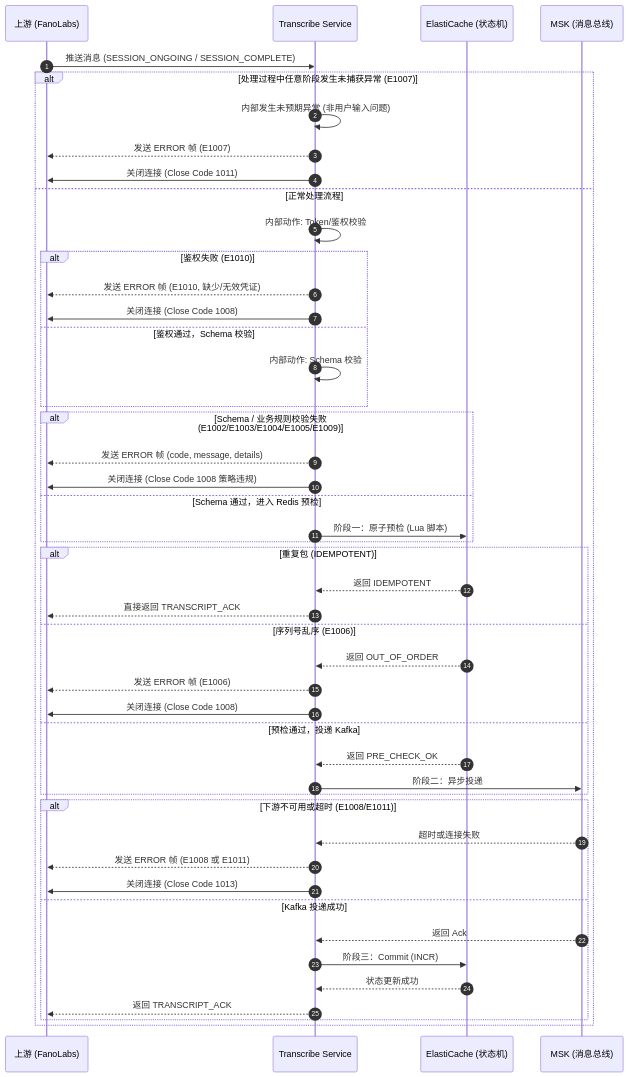
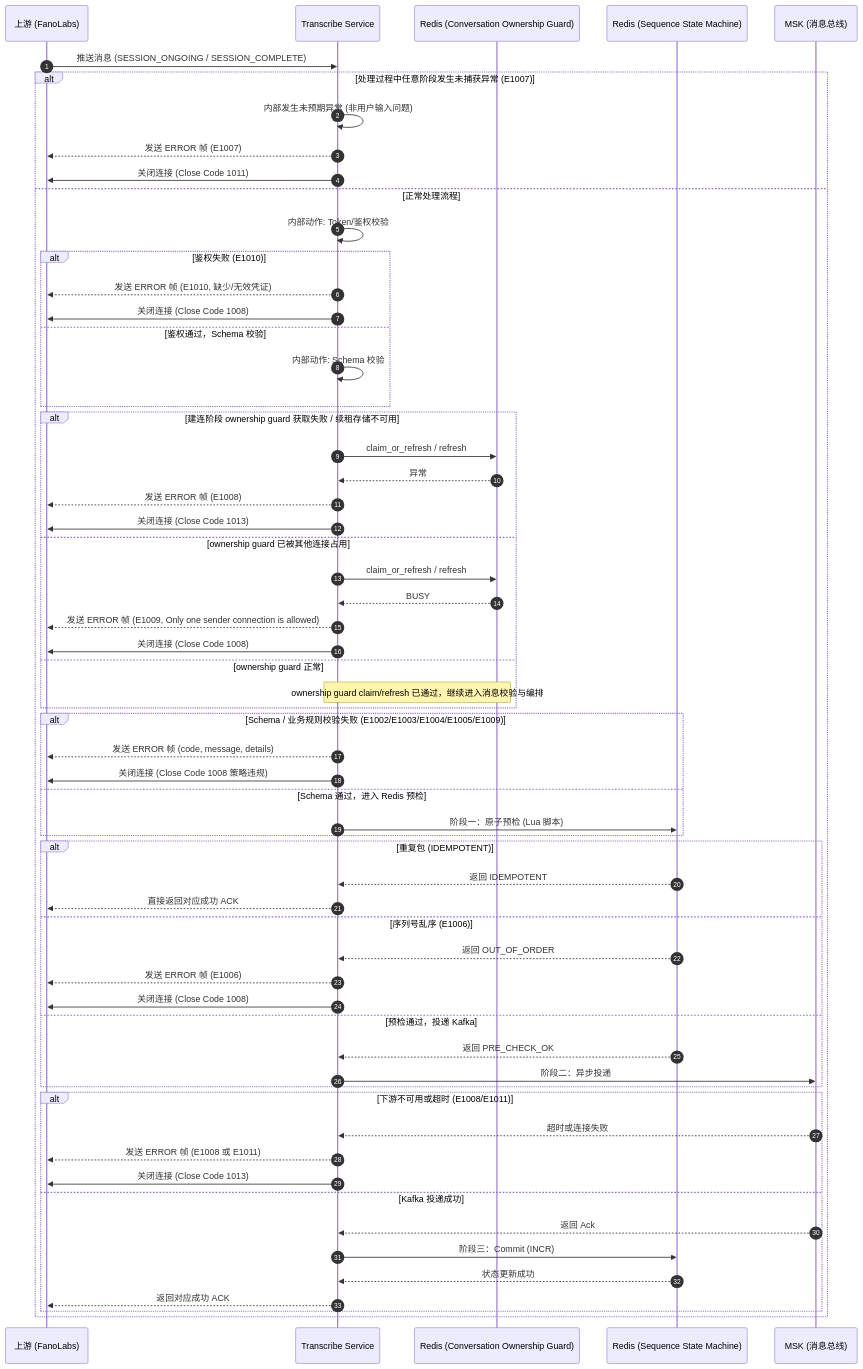
The fifth of 6 diagrams in design/application-design_zh.md (xiaodouya001/transcribe_service), drawn with Mermaid before and after one commit. The commit also changed other lines of this file and 44 other files, not shown here.

Commit message:
Align EOL contract and unify Redis ownership/state modules

````diff
--- a/design/application-design_zh.md
+++ b/design/application-design_zh.md
@@ -197,54 +218,69 @@
 ```mermaid
 sequenceDiagram
     autonumber
     participant Vendor as 上游 (FanoLabs)
     participant Trans as Transcribe Service
-    participant Redis as ElastiCache (状态机)
+    participant RedisOwnership as Redis (Conversation Ownership Guard)
+    participant RedisState as Redis (Sequence State Machine)
     participant Kafka as MSK (消息总线)
 
     Vendor->>Trans: 推送消息 (SESSION_ONGOING / SESSION_COMPLETE)
 
     alt 处理过程中任意阶段发生未捕获异常 (E1007)
         Trans->>Trans: 内部发生未预期异常 (非用户输入问题)
         Trans-->>Vendor: 发送 ERROR 帧 (E1007)
         Trans->>Vendor: 关闭连接 (Close Code 1011)
     else 正常处理流程
         Trans->>Trans: 内部动作: Token/鉴权校验
         alt 鉴权失败 (E1010)
             Trans-->>Vendor: 发送 ERROR 帧 (E1010, 缺少/无效凭证)
             Trans->>Vendor: 关闭连接 (Close Code 1008)
         else 鉴权通过，Schema 校验
             Trans->>Trans: 内部动作: Schema 校验
         end
 
+        alt 建连阶段 ownership guard 获取失败 / 续租存储不可用
+            Trans->>RedisOwnership: claim_or_refresh / refresh
+            RedisOwnership-->>Trans: 异常
+            Trans-->>Vendor: 发送 ERROR 帧 (E1008)
+            Trans->>Vendor: 关闭连接 (Close Code 1013)
+        else ownership guard 已被其他连接占用
+            Trans->>RedisOwnership: claim_or_refresh / refresh
+            RedisOwnership-->>Trans: BUSY
+            Trans-->>Vendor: 发送 ERROR 帧 (E1009, Only one sender connection is allowed)
+            Trans->>Vendor: 关闭连接 (Close Code 1008)
+        else ownership guard 正常
+            Note over Trans,RedisOwnership: ownership guard claim/refresh 已通过，继续进入消息校验与编排
+        end
+
         alt Schema / 业务规则校验失败 (E1002/E1003/E1004/E1005/E1009)
             Trans-->>Vendor: 发送 ERROR 帧 (code, message, details)
             Trans->>Vendor: 关闭连接 (Close Code 1008 策略违规)
         else Schema 通过，进入 Redis 预检
-            Trans->>Redis: 阶段一：原子预检 (Lua 脚本)
+            Trans->>RedisState: 阶段一：原子预检 (Lua 脚本)
         end
 
         alt 重复包 (IDEMPOTENT)
-            Redis-->>Trans: 返回 IDEMPOTENT
-            Trans-->>Vendor: 直接返回 TRANSCRIPT_ACK
+            RedisState-->>Trans: 返回 IDEMPOTENT
+            Trans-->>Vendor: 直接返回对应成功 ACK
         else 序列号乱序 (E1006)
-            Redis-->>Trans: 返回 OUT_OF_ORDER
+            RedisState-->>Trans: 返回 OUT_OF_ORDER
             Trans-->>Vendor: 发送 ERROR 帧 (E1006)
             Trans->>Vendor: 关闭连接 (Close Code 1008)
         else 预检通过，投递 Kafka
-            Redis-->>Trans: 返回 PRE_CHECK_OK
+            RedisState-->>Trans: 返回 PRE_CHECK_OK
             Trans->>Kafka: 阶段二：异步投递
         end
 
         alt 下游不可用或超时 (E1008/E1011)
             Kafka-->>Trans: 超时或连接失败
             Trans-->>Vendor: 发送 ERROR 帧 (E1008 或 E1011)
             Trans->>Vendor: 关闭连接 (Close Code 1013)
         else Kafka 投递成功
             Kafka-->>Trans: 返回 Ack
-            Trans->>Redis: 阶段三：Commit (INCR)
-            Redis-->>Trans: 状态更新成功
-            Trans-->>Vendor: 返回 TRANSCRIPT_ACK
+            Trans->>RedisState: 阶段三：Commit (INCR)
+            RedisState-->>Trans: 状态更新成功
+            Trans-->>Vendor: 返回对应成功 ACK
         end
     end
 ```
````
